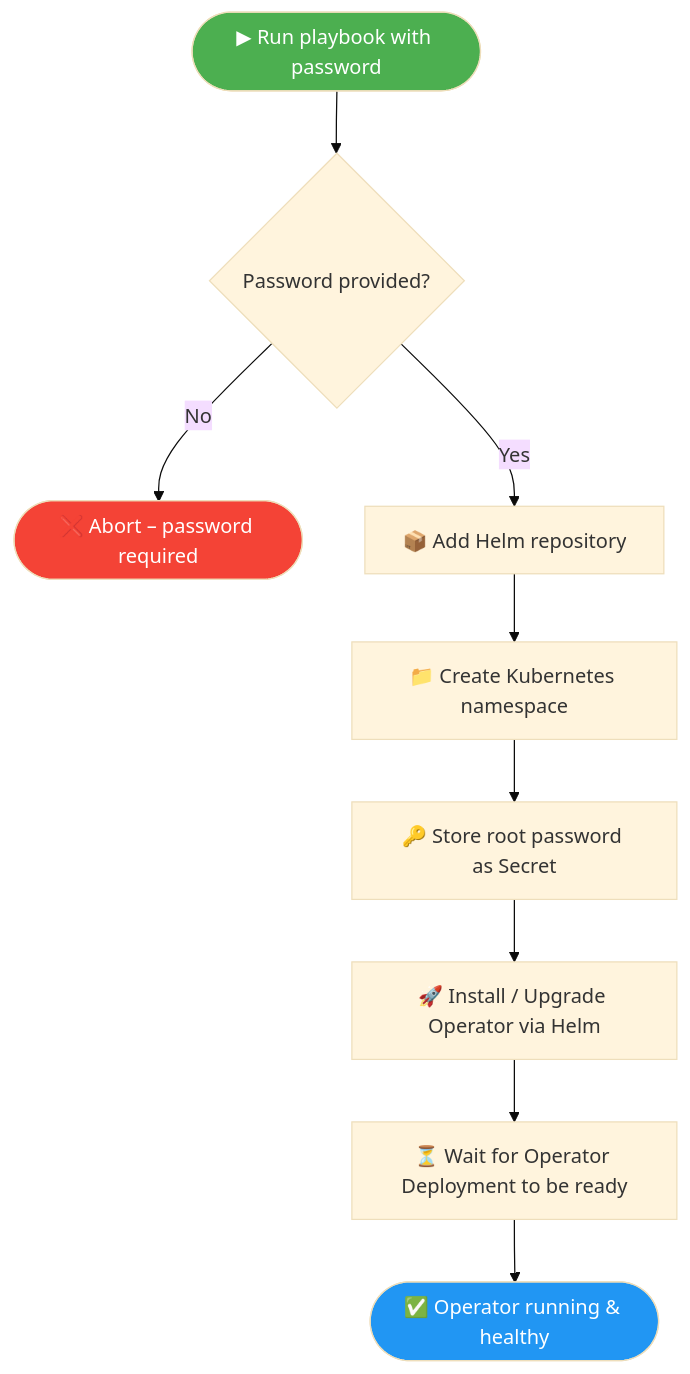
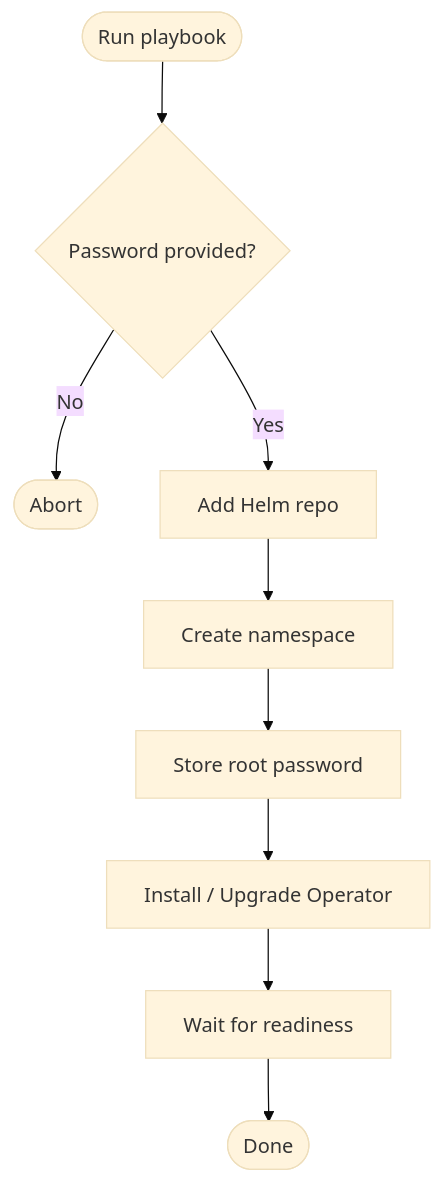
One commit to mancubus77/ansible-deploying-mariddb-operator changed the diagram in README.md. Above: the diagram before and after it, drawn with Mermaid (base theme). The commit also changed other lines of this file, not shown here.

````diff
--- a/README.md
+++ b/README.md
@@ -93,15 +17,11 @@
 ```mermaid
 flowchart TD
-    Start([▶ Run playbook with password]) --> Check{Password provided?}
-    Check -- No --> Fail([❌ Abort – password required])
-    Check -- Yes --> Repo[📦 Add Helm repository]
-    Repo --> NS[📁 Create Kubernetes namespace]
-    NS --> Secret[🔑 Store root password as Secret]
-    Secret --> Helm[🚀 Install / Upgrade Operator via Helm]
-    Helm --> Ready[⏳ Wait for Operator Deployment to be ready]
-    Ready --> Done([✅ Operator running & healthy])
-
-    style Start fill:#4CAF50,color:#fff
-    style Fail  fill:#F44336,color:#fff
-    style Done  fill:#2196F3,color:#fff
+    Start([Run playbook]) --> Check{Password provided?}
+    Check -- No --> Fail([Abort])
+    Check -- Yes --> Repo[Add Helm repo]
+    Repo --> NS[Create namespace]
+    NS --> Secret[Store root password]
+    Secret --> Helm[Install / Upgrade Operator]
+    Helm --> Ready[Wait for readiness]
+    Ready --> Done([Done])
 ```
````
